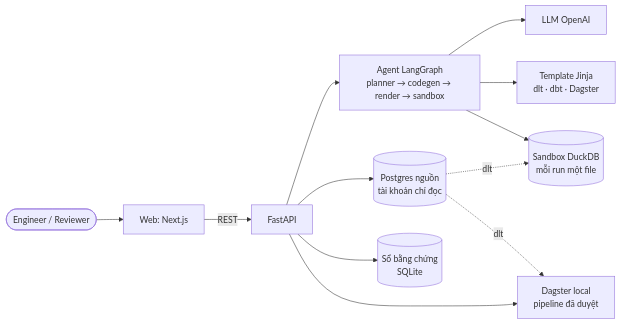
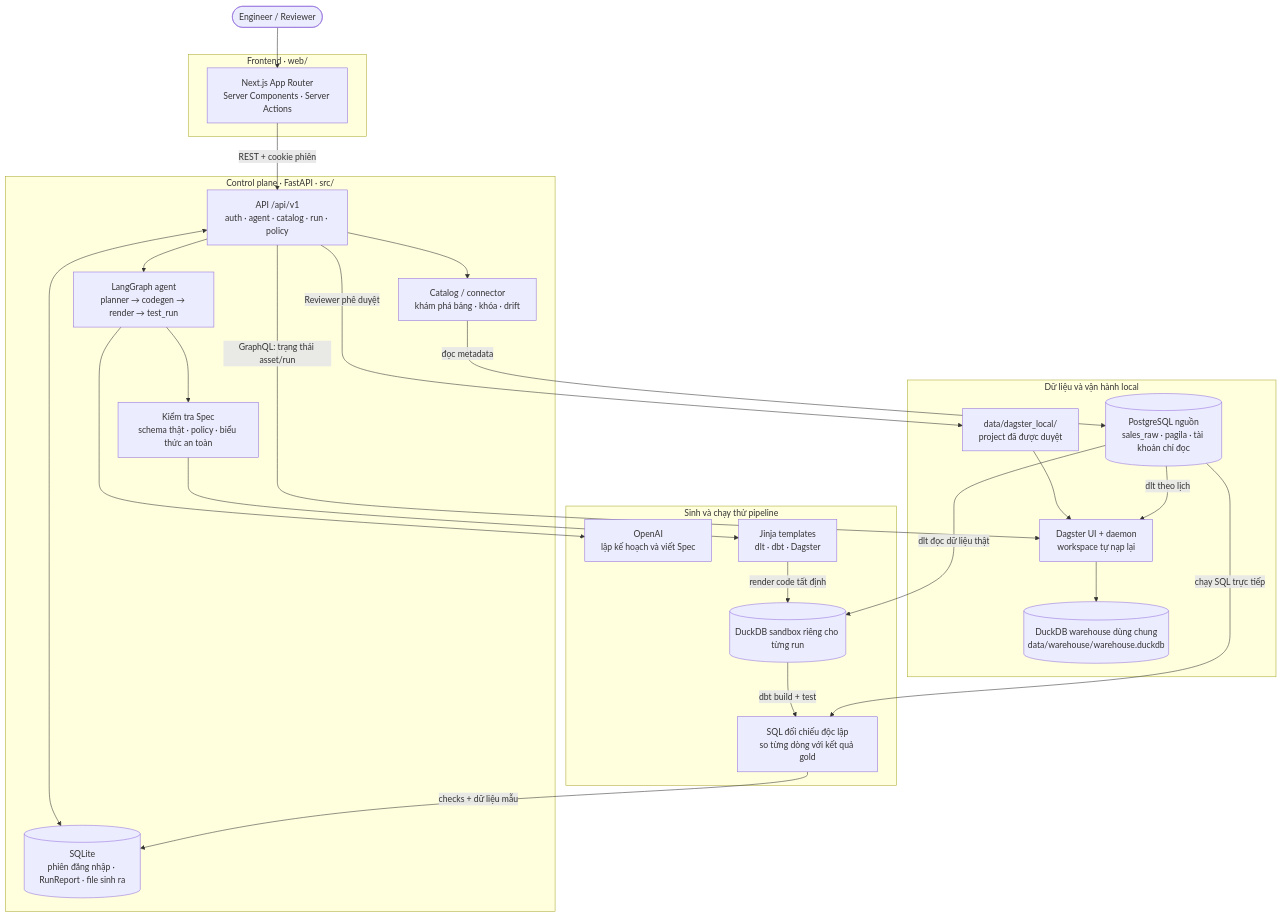
The diagram in README.md (ducthais/atomesus), drawn with Mermaid before and after one commit. The commit also changed other lines of this file, not shown here.

````diff
--- a/README.md
+++ b/README.md
@@ -45,14 +45,49 @@
 ```mermaid
-graph LR
-    U([Engineer / Reviewer]) --> W[Web: Next.js]
-    W -->|REST| A[FastAPI]
-    A --> G[Agent LangGraph<br/>planner → codegen → render → sandbox]
-    G --> L[LLM OpenAI]
-    G --> T[Template Jinja<br/>dlt · dbt · Dagster]
-    G --> S[(Sandbox DuckDB<br/>mỗi run một file)]
-    A --> P[(Postgres nguồn<br/>tài khoản chỉ đọc)]
-    A --> E[(Sổ bằng chứng<br/>SQLite)]
-    A --> D[Dagster local<br/>pipeline đã duyệt]
-    P -. dlt .-> S
-    P -. dlt .-> D
+flowchart TB
+    U([Engineer / Reviewer]) --> W
+
+    subgraph UI["Frontend · web/"]
+        W["Next.js App Router<br/>Server Components · Server Actions"]
+    end
+
+    subgraph CONTROL["Control plane · FastAPI · src/"]
+        A["API /api/v1<br/>auth · agent · catalog · run · policy"]
+        G["LangGraph agent<br/>planner → codegen → render → test_run"]
+        V["Kiểm tra Spec<br/>schema thật · policy · biểu thức an toàn"]
+        C["Catalog / connector<br/>khám phá bảng · khóa · drift"]
+        E[("SQLite<br/>phiên đăng nhập · RunReport · file sinh ra")]
+    end
+
+    subgraph BUILD["Sinh và chạy thử pipeline"]
+        L["OpenAI<br/>lập kế hoạch và viết Spec"]
+        T["Jinja templates<br/>dlt · dbt · Dagster"]
+        S[("DuckDB sandbox riêng cho từng run")]
+        R["SQL đối chiếu độc lập<br/>so từng dòng với kết quả gold"]
+    end
+
+    subgraph DATA["Dữ liệu và vận hành local"]
+        P[("PostgreSQL nguồn<br/>sales_raw · pagila · tài khoản chỉ đọc")]
+        X["data/dagster_local/<br/>project đã được duyệt"]
+        D["Dagster UI + daemon<br/>workspace tự nạp lại"]
+        H[("DuckDB warehouse dùng chung<br/>data/warehouse/warehouse.duckdb")]
+    end
+
+    W -->|"REST + cookie phiên"| A
+    A --> G
+    A --> C
+    A <--> E
+    C -->|"đọc metadata"| P
+    G --> L
+    G --> V
+    V --> T
+    T -->|"render code tất định"| S
+    P -->|"dlt đọc dữ liệu thật"| S
+    S -->|"dbt build + test"| R
+    P -->|"chạy SQL trực tiếp"| R
+    R -->|"checks + dữ liệu mẫu"| E
+    A -->|"Reviewer phê duyệt"| X
+    X --> D
+    P -->|"dlt theo lịch"| D
+    D --> H
+    A -->|"GraphQL: trạng thái asset/run"| D
 ```
````
